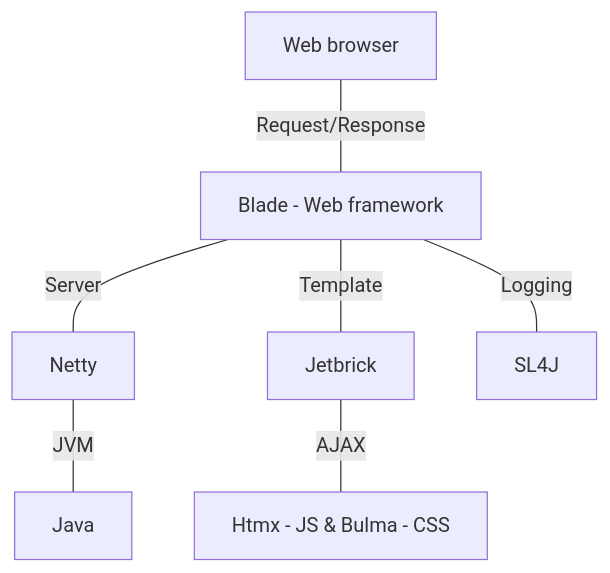
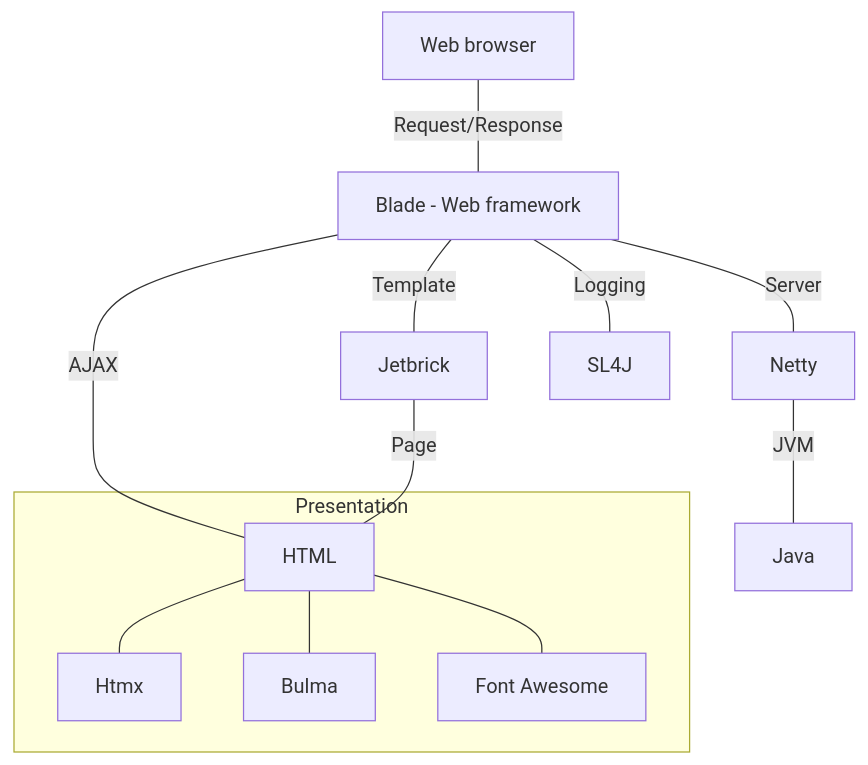
Before and after one commit to murtidaryandono/example-web-basic: the first of 4 diagrams in readme.md, drawn with Mermaid. The commit also changed other lines of this file and 3 other files, not shown here.

Commit message:
Skeleton add Font Awesome commit

````diff
--- a/readme.md
+++ b/readme.md
@@ -55,9 +56,15 @@
 ```mermaid
 graph TD
 A[Web browser] --- |Request/Response| B[Blade - Web framework]
 B --- |Server| C[Netty]
 B --- |Template| D[Jetbrick]
-D --- |AJAX| E[Htmx - JS & Bulma - CSS]
+B --- |AJAX| H
+D --- |Page| H
 C --- |JVM| F[Java]
 B --- |Logging| G[SL4J]
+   subgraph Presentation
+   H[HTML] --- I[Htmx]
+   H --- J[Bulma]
+   H --- K[Font Awesome]
+   end
 ```
````
